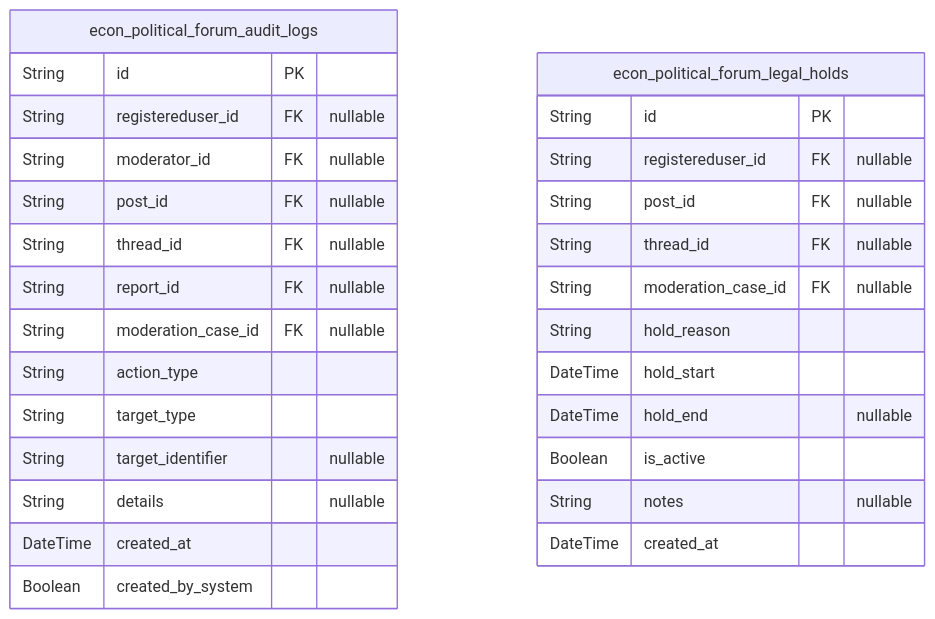
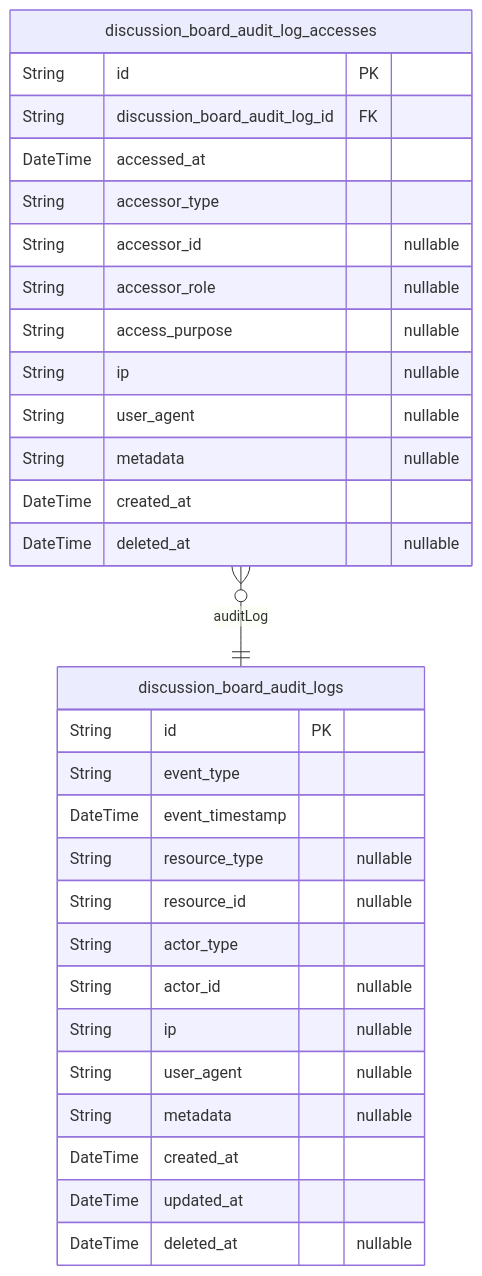
Before and after one commit to wrtnlabs/autobe-examples: the seventh of 7 diagrams in openai/gpt-5-mini/bbs/docs/ERD.md, drawn with Mermaid. The commit also changed other lines of this file and 16146 other files, not shown here.

````diff
--- a/openai/gpt-5-mini/bbs/docs/ERD.md
+++ b/openai/gpt-5-mini/bbs/docs/ERD.md
@@ -936,31 +892,33 @@
 ```mermaid
 erDiagram
-"econ_political_forum_audit_logs" {
+"discussion_board_audit_logs" {
   String id PK
-  String registereduser_id FK "nullable"
-  String moderator_id FK "nullable"
-  String post_id FK "nullable"
-  String thread_id FK "nullable"
-  String report_id FK "nullable"
-  String moderation_case_id FK "nullable"
-  String action_type
-  String target_type
-  String target_identifier "nullable"
-  String details "nullable"
+  String event_type
+  DateTime event_timestamp
+  String resource_type "nullable"
+  String resource_id "nullable"
+  String actor_type
+  String actor_id "nullable"
+  String ip "nullable"
+  String user_agent "nullable"
+  String metadata "nullable"
   DateTime created_at
-  Boolean created_by_system
+  DateTime updated_at
+  DateTime deleted_at "nullable"
 }
-"econ_political_forum_legal_holds" {
+"discussion_board_audit_log_accesses" {
   String id PK
-  String registereduser_id FK "nullable"
-  String post_id FK "nullable"
-  String thread_id FK "nullable"
-  String moderation_case_id FK "nullable"
-  String hold_reason
-  DateTime hold_start
-  DateTime hold_end "nullable"
-  Boolean is_active
-  String notes "nullable"
+  String discussion_board_audit_log_id FK
+  DateTime accessed_at
+  String accessor_type
+  String accessor_id "nullable"
+  String accessor_role "nullable"
+  String access_purpose "nullable"
+  String ip "nullable"
+  String user_agent "nullable"
+  String metadata "nullable"
   DateTime created_at
+  DateTime deleted_at "nullable"
 }
+"discussion_board_audit_log_accesses" }o--|| "discussion_board_audit_logs" : auditLog
 ```
````
